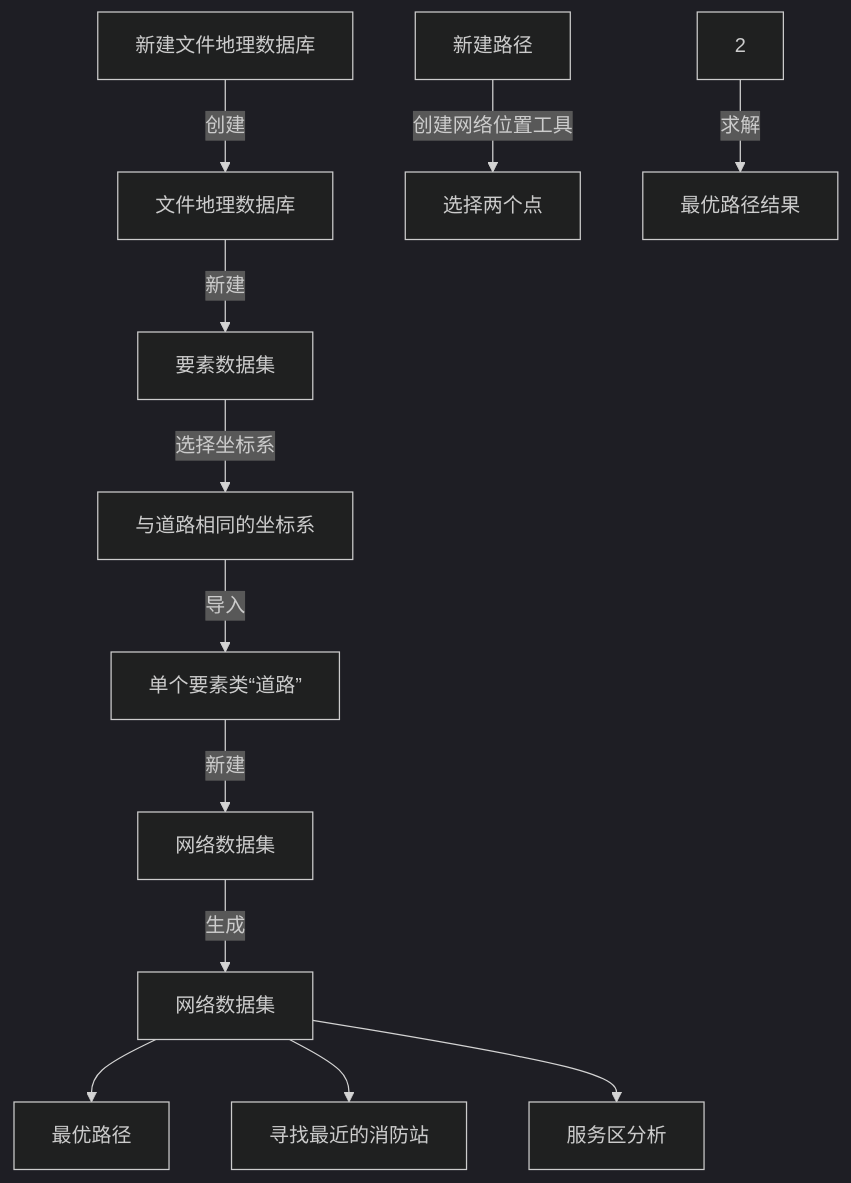
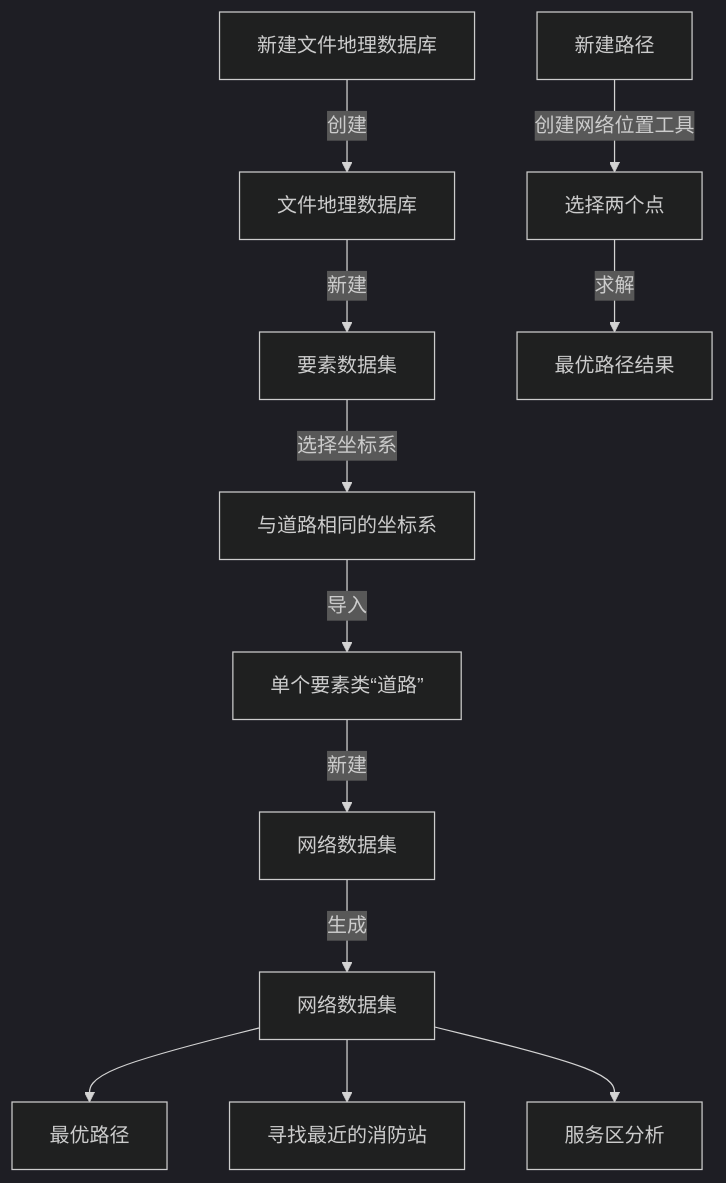
One commit to newguser/iodraw-files changed the diagram in all/未命名.md. Above: the diagram before and after it, drawn with Mermaid (dark theme).

Commit message:
2025-02-27 21:16:00 update

````diff
--- a/all/未命名.md
+++ b/all/未命名.md
@@ -1,14 +1,15 @@
 ```mermaid
 graph TD
     A[新建文件地理数据库] -->|创建| B[文件地理数据库]
     B -->|新建| C[要素数据集]
     C -->|选择坐标系| D[与道路相同的坐标系]
     D -->|导入| E[单个要素类“道路”]
     E -->|新建| F[网络数据集]
     F -->|生成| G[网络数据集]
     G[网络数据集] -->H[最优路径]
     G[网络数据集] -->I[寻找最近的消防站]
     G[网络数据集] -->J[服务区分析]
+    H[最优路径]
     H1[新建路径] -->|创建网络位置工具| H2[选择两个点]
-        2 -->|求解| B3[最优路径结果]
+        H2 -->|求解| H3[最优路径结果]
 ```
````
